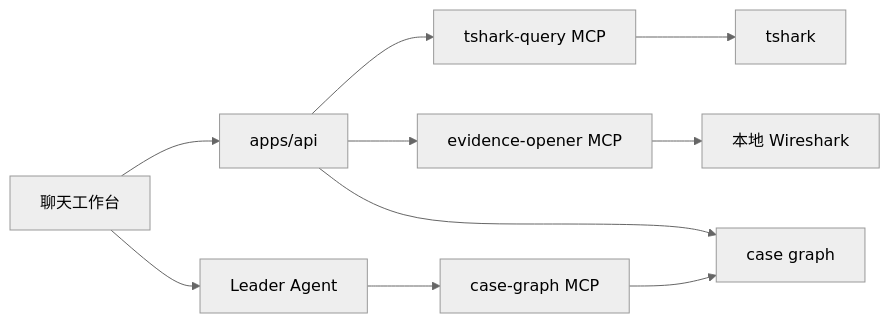
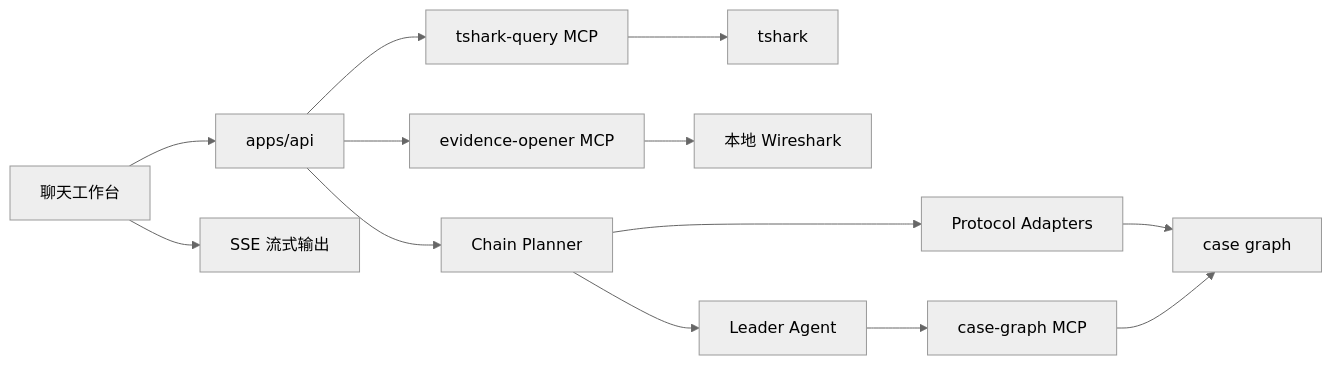
One commit to Matthewyin/pcapai changed the diagram in docs/architecture.md. Above: the diagram before and after it, drawn with Mermaid (neutral theme). The commit also changed other lines of this file and 2 other files, not shown here.

Commit message:
docs: update architecture, design, and AGENTS.md to reflect chain planner, graph reload, and agent improvements

````diff
--- a/docs/architecture.md
+++ b/docs/architecture.md
@@ -7,12 +7,15 @@
 ```mermaid
 flowchart LR
   Web["聊天工作台"] --> API["apps/api"]
   API --> Query["tshark-query MCP"]
   API --> Opener["evidence-opener MCP"]
   Query --> Tshark["tshark"]
   Opener --> Wireshark["本地 Wireshark"]
-  API --> Graph["case graph"]
-  Web --> Agent["Leader Agent"]
+  API --> Planner["Chain Planner"]
+  Planner --> Adapters["Protocol Adapters"]
+  Planner --> Agent["Leader Agent"]
+  Adapters --> Graph["case graph"]
   Agent --> CaseGraph["case-graph MCP"]
   CaseGraph --> Graph
+  Web --> SSE["SSE 流式输出"]
 ```
````
